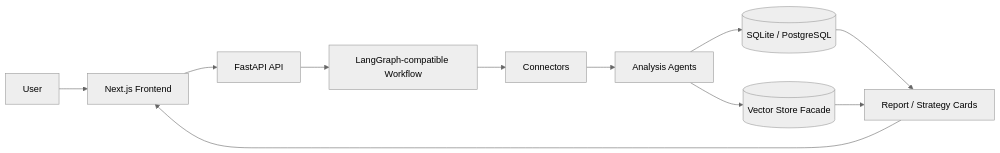
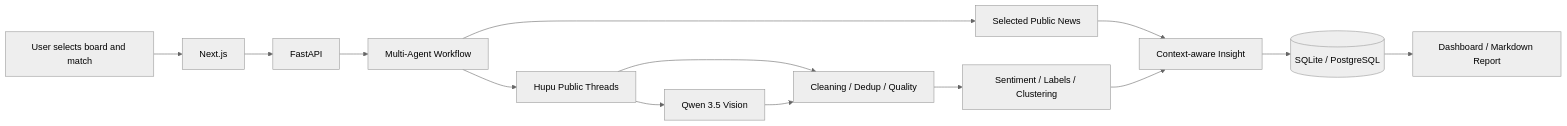
One commit to onlykillerf/comment-insight-agent changed the first of 2 diagrams in README.md. Above: the diagram before and after it, drawn with Mermaid (neutral theme). The commit also changed other lines of this file and 95 other files, not shown here.

Commit message:
focus on real Hupu sports analysis with vision

````diff
--- a/README.md
+++ b/README.md
@@ -62,13 +60,16 @@
 ```mermaid
 flowchart LR
-  User[User] --> Frontend[Next.js Frontend]
-  Frontend --> API[FastAPI API]
-  API --> Workflow[LangGraph-compatible Workflow]
-  Workflow --> Connectors[Connectors]
-  Connectors --> Agents[Analysis Agents]
-  Agents --> DB[(SQLite / PostgreSQL)]
-  Agents --> Vector[(Vector Store Facade)]
-  DB --> Report[Report / Strategy Cards]
-  Vector --> Report
-  Report --> Frontend
+  User[User selects board and match] --> UI[Next.js]
+  UI --> API[FastAPI]
+  API --> Flow[Multi-Agent Workflow]
+  Flow --> Hupu[Hupu Public Threads]
+  Flow --> News[Selected Public News]
+  Hupu --> Quality[Cleaning / Dedup / Quality]
+  Hupu --> Vision[Qwen 3.5 Vision]
+  Vision --> Quality
+  Quality --> Analysis[Sentiment / Labels / Clustering]
+  News --> Insight[Context-aware Insight]
+  Analysis --> Insight
+  Insight --> DB[(SQLite / PostgreSQL)]
+  DB --> Report[Dashboard / Markdown Report]
 ```
````
